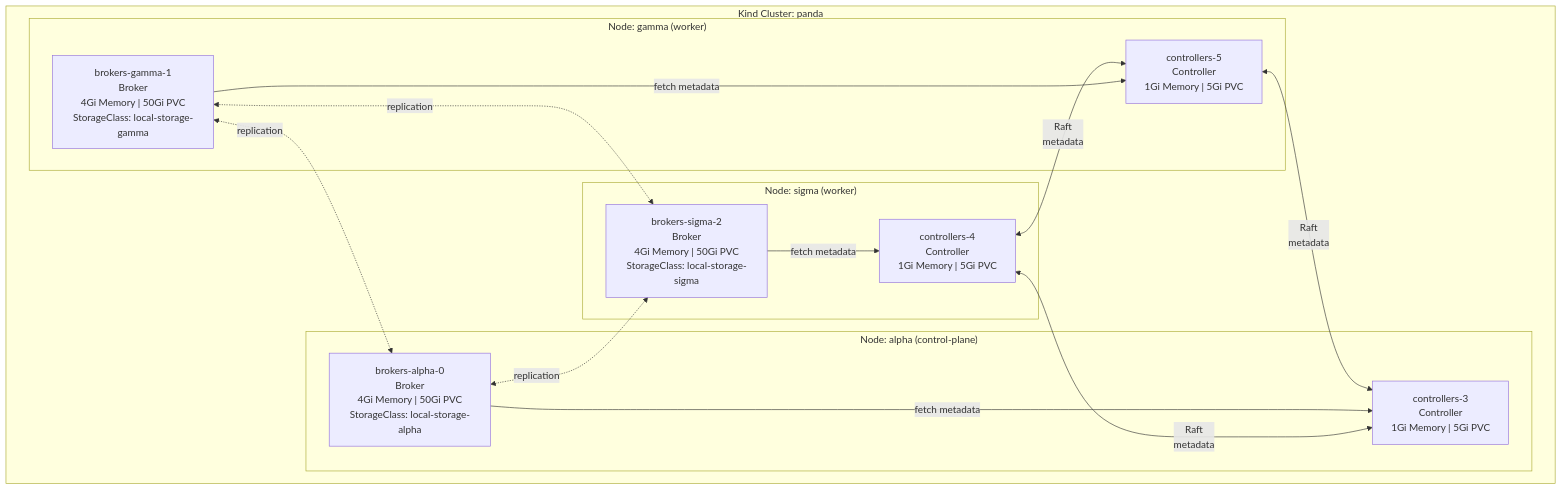
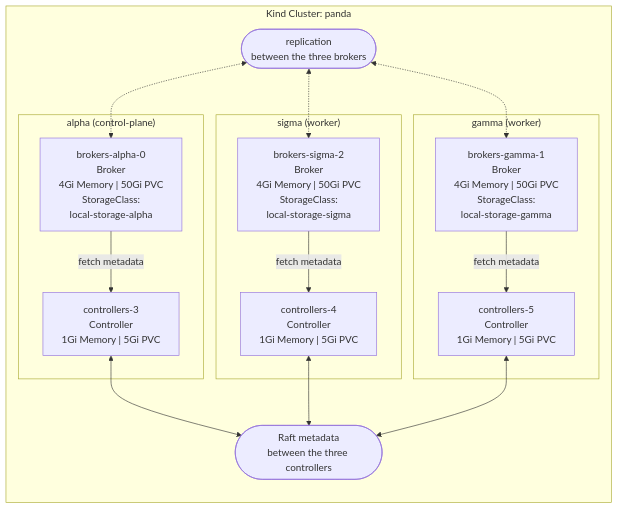
One commit to actions-marketplace-validations/bmscomp_kates changed the first of 2 diagrams in docs/book/03-cluster.md. Above: the diagram before and after it, drawn with Mermaid. The commit also changed 21 other files, not shown here.

First line of the commit message:
docs(book): readable code and diagrams, and a light/dark theme (#187)

````diff
--- a/docs/book/03-cluster.md
+++ b/docs/book/03-cluster.md
@@ -16,31 +16,32 @@
 ```mermaid
 graph TB
     subgraph Kind["Kind Cluster: panda"]
-        subgraph Alpha["Node: alpha (control-plane)"]
-            B0["brokers-alpha-0<br/>Broker<br/>4Gi Memory | 50Gi PVC<br/>StorageClass: local-storage-alpha"]
+        direction TB
+        REP(["replication<br/>between the three brokers"])
+
+        subgraph Alpha["alpha (control-plane)"]
+            B0["brokers-alpha-0<br/>Broker<br/>4Gi Memory | 50Gi PVC<br/>StorageClass:<br/>local-storage-alpha"]
             C3["controllers-3<br/>Controller<br/>1Gi Memory | 5Gi PVC"]
         end
 
-        subgraph Sigma["Node: sigma (worker)"]
-            B2["brokers-sigma-2<br/>Broker<br/>4Gi Memory | 50Gi PVC<br/>StorageClass: local-storage-sigma"]
+        subgraph Sigma["sigma (worker)"]
+            B2["brokers-sigma-2<br/>Broker<br/>4Gi Memory | 50Gi PVC<br/>StorageClass:<br/>local-storage-sigma"]
             C4["controllers-4<br/>Controller<br/>1Gi Memory | 5Gi PVC"]
         end
 
-        subgraph Gamma["Node: gamma (worker)"]
-            B1["brokers-gamma-1<br/>Broker<br/>4Gi Memory | 50Gi PVC<br/>StorageClass: local-storage-gamma"]
+        subgraph Gamma["gamma (worker)"]
+            B1["brokers-gamma-1<br/>Broker<br/>4Gi Memory | 50Gi PVC<br/>StorageClass:<br/>local-storage-gamma"]
             C5["controllers-5<br/>Controller<br/>1Gi Memory | 5Gi PVC"]
         end
+
+        RAFT(["Raft metadata<br/>between the three controllers"])
     end
 
-    C3 <-->|"Raft<br/>metadata"| C4
-    C4 <-->|"Raft<br/>metadata"| C5
-    C5 <-->|"Raft<br/>metadata"| C3
-
-    B0 <-.->|"replication"| B2
-    B2 <-.->|"replication"| B1
-    B1 <-.->|"replication"| B0
+    REP <-.-> B0 & B2 & B1
 
     B0 -->|"fetch metadata"| C3
     B2 -->|"fetch metadata"| C4
     B1 -->|"fetch metadata"| C5
+
+    C3 & C4 & C5 <--> RAFT
 ```
````
